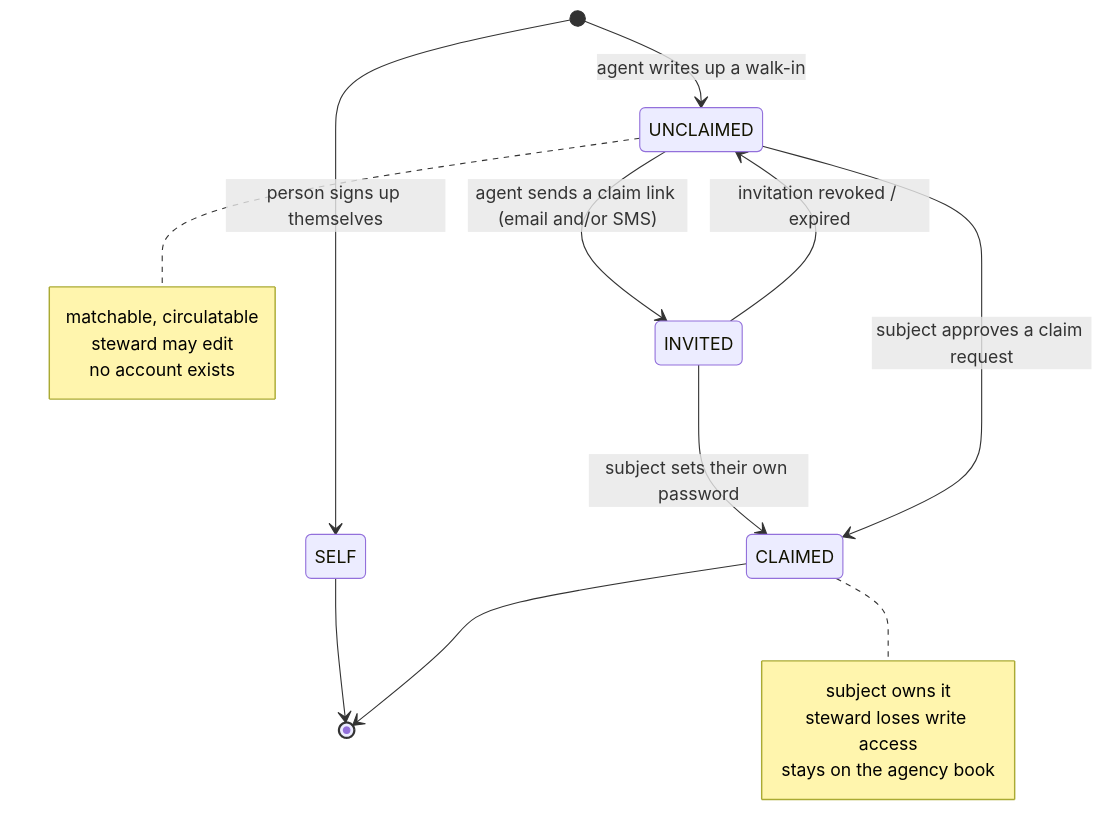
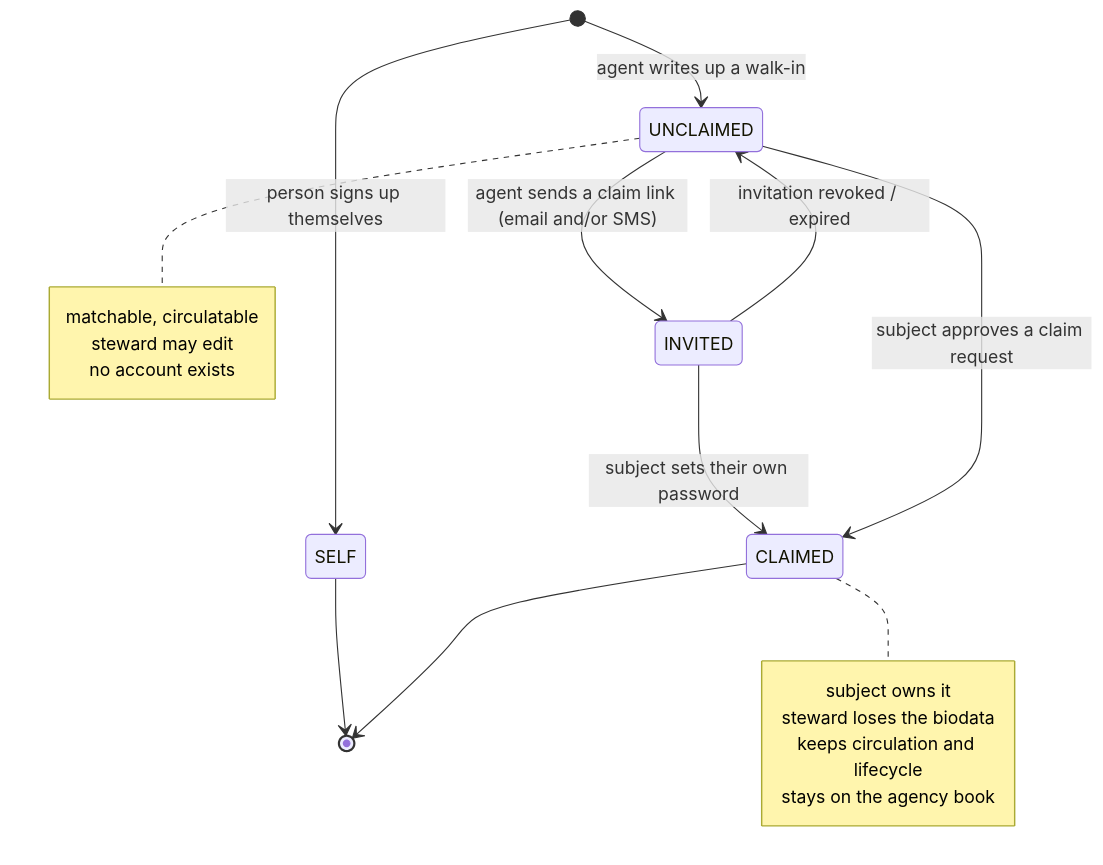
The first of 7 diagrams in docs/SLD.md (Tadipartirohith/WOW-MD), drawn with Mermaid before and after one commit. The commit also changed other lines of this file and 6 other files, not shown here.

````diff
--- a/docs/SLD.md
+++ b/docs/SLD.md
@@ -98,22 +103,23 @@
 ```mermaid
 stateDiagram-v2
   [*] --> SELF: person signs up themselves
   [*] --> UNCLAIMED: agent writes up a walk-in
   UNCLAIMED --> INVITED: agent sends a claim link (email and/or SMS)
   INVITED --> UNCLAIMED: invitation revoked / expired
   INVITED --> CLAIMED: subject sets their own password
   UNCLAIMED --> CLAIMED: subject approves a claim request
   SELF --> [*]
   CLAIMED --> [*]
 
   note right of UNCLAIMED
     matchable, circulatable
     steward may edit
     no account exists
   end note
   note right of CLAIMED
     subject owns it
-    steward loses write access
+    steward loses the biodata
+    keeps circulation and lifecycle
     stays on the agency book
   end note
 ```
````
